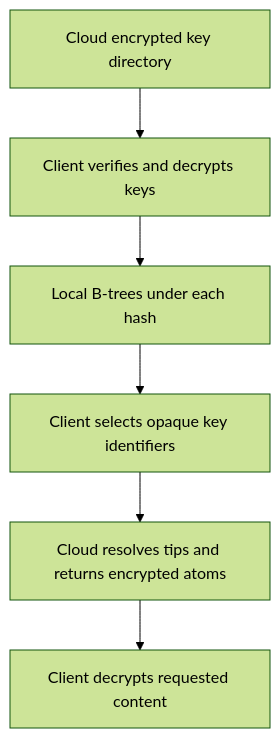
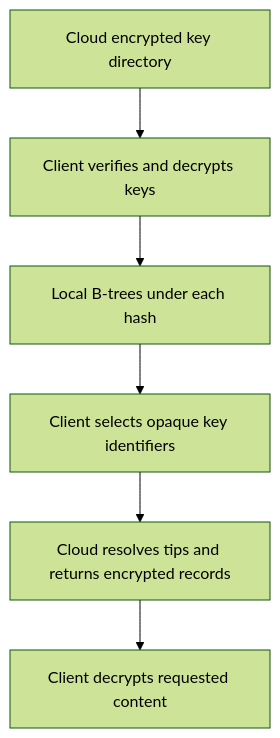
The diagram in docs/designs/encrypted-range-keys-local-preload.md (EdgeVector/lastdb), drawn with Mermaid (forest theme) before and after one commit. The commit also changed other lines of this file and 485 other files, not shown here.

````diff
--- a/docs/designs/encrypted-range-keys-local-preload.md
+++ b/docs/designs/encrypted-range-keys-local-preload.md
@@ -65,8 +65,8 @@
 ```mermaid
 flowchart TD
     A[Cloud encrypted key directory] --> B[Client verifies and decrypts keys]
     B --> C[Local B-trees under each hash]
     C --> D[Client selects opaque key identifiers]
-    D --> E[Cloud resolves tips and returns encrypted atoms]
+    D --> E[Cloud resolves tips and returns encrypted records]
     E --> F[Client decrypts requested content]
 ```
````
